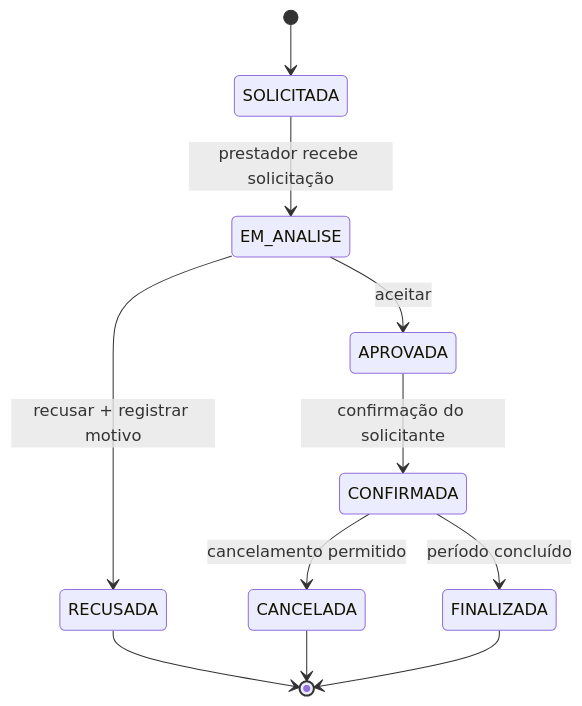
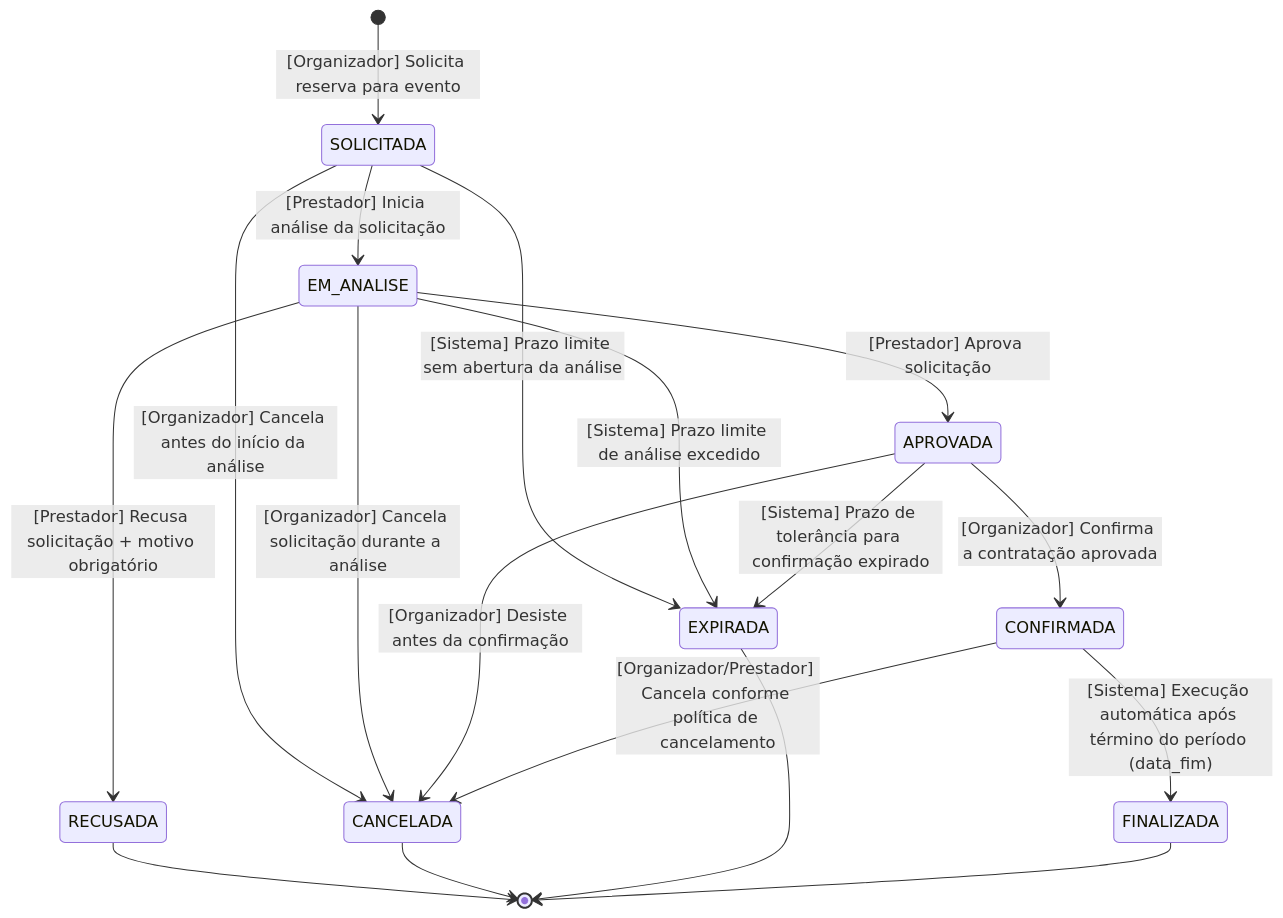
Before and after one commit to dudanegreiro/EventFy: the diagram in docs/diagrams/estados-reserva.md, drawn with Mermaid. The commit also changed other lines of this file and 10 other files, not shown here.

````diff
--- a/docs/diagrams/estados-reserva.md
+++ b/docs/diagrams/estados-reserva.md
@@ -5,18 +7,25 @@
 ```mermaid
 stateDiagram-v2
-    [*] --> SOLICITADA
+    [*] --> SOLICITADA : [Organizador] Solicita reserva para evento
 
-    SOLICITADA --> EM_ANALISE : prestador recebe solicitação
+    SOLICITADA --> EM_ANALISE : [Prestador] Inicia análise da solicitação
+    SOLICITADA --> CANCELADA : [Organizador] Cancela antes do início da análise
+    SOLICITADA --> EXPIRADA : [Sistema] Prazo limite sem abertura da análise
 
-    EM_ANALISE --> APROVADA : aceitar
-    EM_ANALISE --> RECUSADA : recusar + registrar motivo
+    EM_ANALISE --> APROVADA : [Prestador] Aprova solicitação
+    EM_ANALISE --> RECUSADA : [Prestador] Recusa solicitação + motivo obrigatório
+    EM_ANALISE --> CANCELADA : [Organizador] Cancela solicitação durante a análise
+    EM_ANALISE --> EXPIRADA : [Sistema] Prazo limite de análise excedido
 
-    APROVADA --> CONFIRMADA : confirmação do solicitante
+    APROVADA --> CONFIRMADA : [Organizador] Confirma a contratação aprovada
+    APROVADA --> CANCELADA : [Organizador] Desiste antes da confirmação
+    APROVADA --> EXPIRADA : [Sistema] Prazo de tolerância para confirmação expirado
 
-    CONFIRMADA --> FINALIZADA : período concluído
-    CONFIRMADA --> CANCELADA : cancelamento permitido
+    CONFIRMADA --> FINALIZADA : [Sistema] Execução automática após término do período (data_fim)
+    CONFIRMADA --> CANCELADA : [Organizador/Prestador] Cancela conforme política de cancelamento
 
     RECUSADA --> [*]
     CANCELADA --> [*]
+    EXPIRADA --> [*]
     FINALIZADA --> [*]
 ```
````
